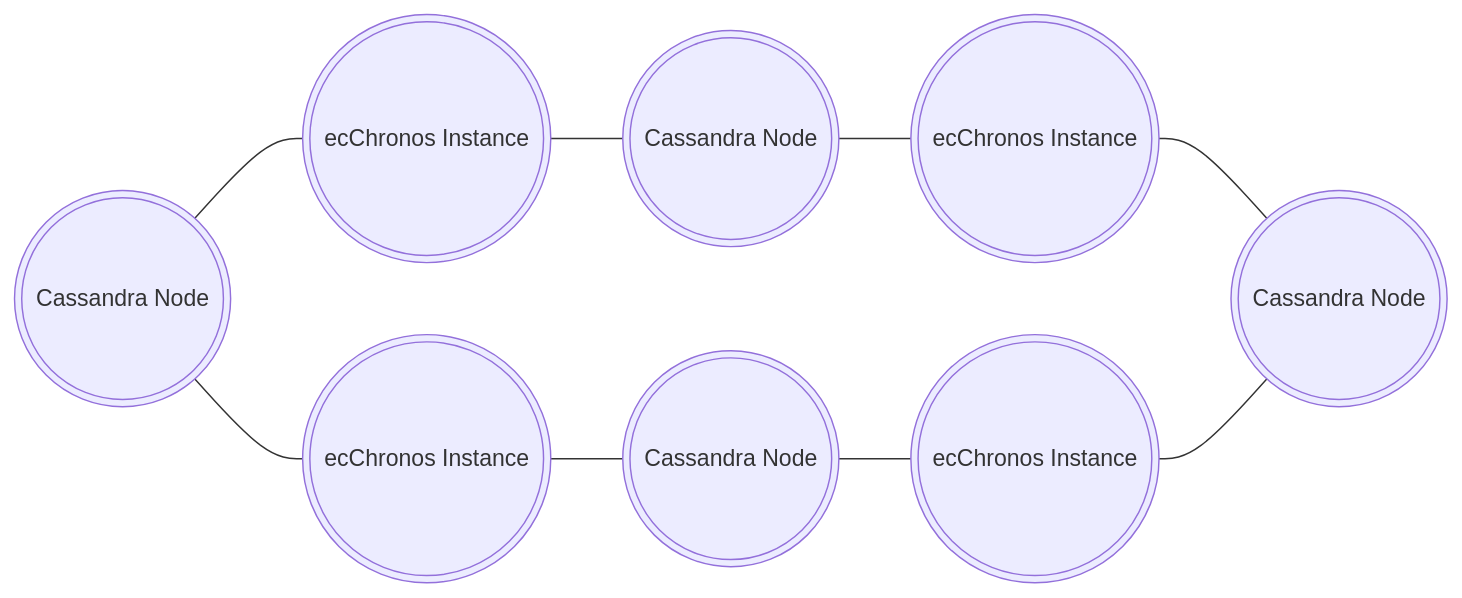
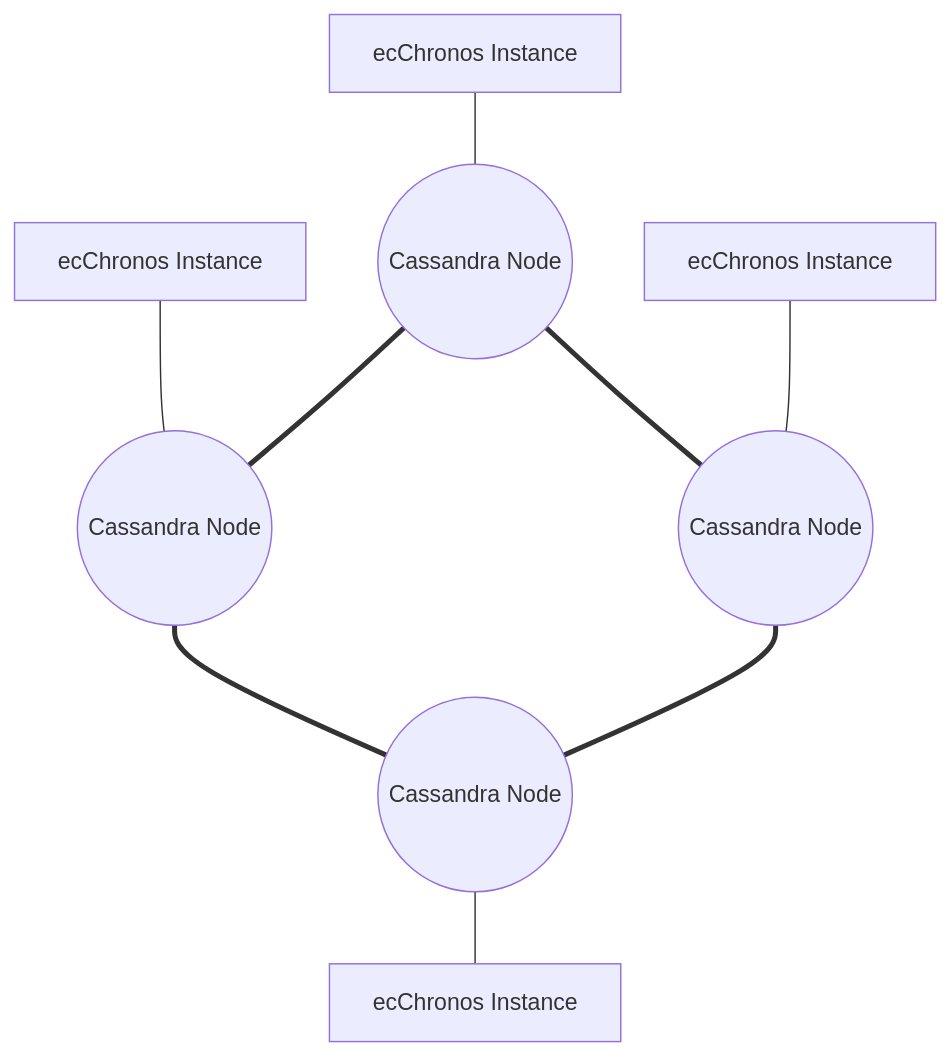
One commit to Ericsson/ecchronos changed the first of 4 diagrams in docs/ARCHITECTURE.md. Above: the diagram before and after it, drawn with Mermaid. The commit also changed other lines of this file, not shown here.

Commit message:
Enhancement of ARCHITECTURE.md Documentation - Issue #578
In order to provide detailed information about software
components, Enhancements to architecture documentation
are desired to better understand the system's structure
and enable informed design decisions.

````diff
--- a/docs/ARCHITECTURE.md
+++ b/docs/ARCHITECTURE.md
@@ -27,11 +27,18 @@
-  ```mermaid
-  flowchart RL
-      A(((Cassandra Node)))---B(((ecChronos Instance)));
-      A(((Cassandra Node)))---C(((ecChronos Instance)));
-      B(((ecChronos Instance)))---D(((Cassandra Node)));
-      C(((ecChronos Instance)))---E(((Cassandra Node)));
-      D(((Cassandra Node)))---F(((ecChronos Instance)));
-      E(((Cassandra Node)))---G(((ecChronos Instance)));
-      F(((ecChronos Instance)))---H(((Cassandra Node)));
-      G(((ecChronos Instance)))---H(((Cassandra Node)));
+```mermaid
+  graph TB
+      c[ecChronos Instance]---C((Cassandra Node));
+
+      a[ecChronos Instance]---A((Cassandra Node));
+
+      A((Cassandra Node))===B((Cassandra Node));
+
+      A((Cassandra Node))===C((Cassandra Node));
+
+      C((Cassandra Node))===D((Cassandra Node))
+
+      b[ecChronos Instance]---B((Cassandra Node))
+
+      B((Cassandra Node))===D((Cassandra Node))
+
+      D((Cassandra Node))---d[ecChronos Instance]
   ```
````
